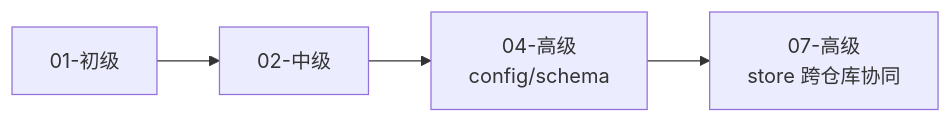
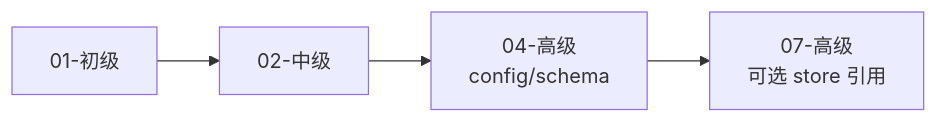
The fifth of 7 diagrams in _openspec_handbook/00-index.md (ethan-jiang-3/OpenSpec), drawn with Mermaid before and after one commit. The commit also changed other lines of this file and 14 other files, not shown here.

````diff
--- a/_openspec_handbook/00-index.md
+++ b/_openspec_handbook/00-index.md
@@ -164,5 +165,5 @@
 ```mermaid
 graph LR
     A[01-初级] --> B[02-中级] --> C[04-高级<br/>config/schema]
-    C --> D[07-高级<br/>store 跨仓库协同]
+    C --> D[07-高级<br/>可选 store 引用]
 ```
````
